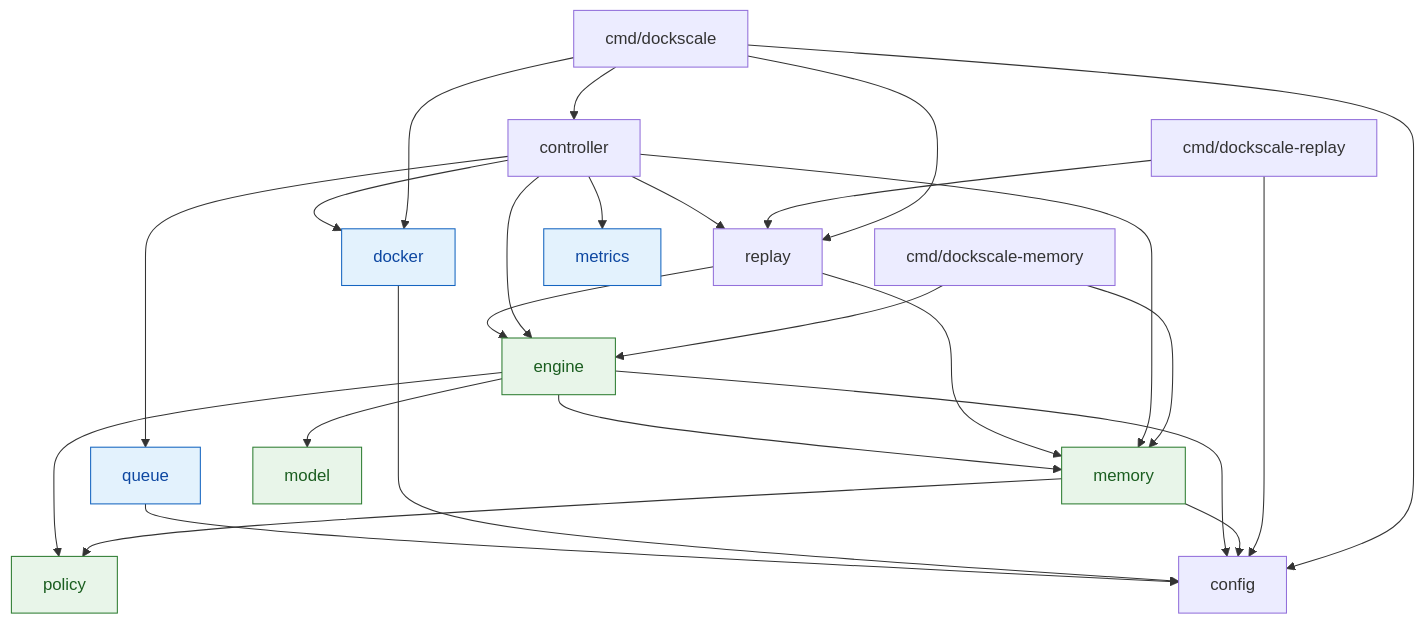
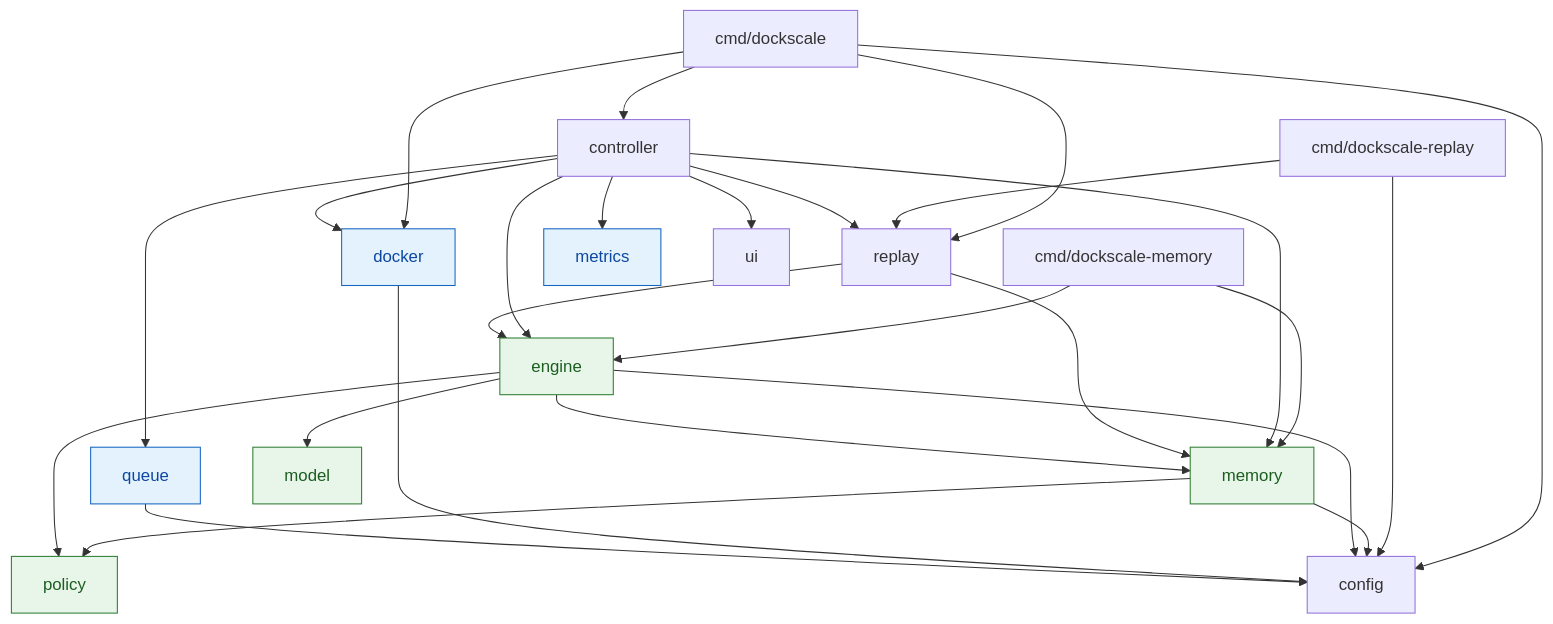
Before and after one commit to nadermedhet148/auto-scale: the second of 4 diagrams in docs/architecture.md, drawn with Mermaid. The commit also changed other lines of this file and 21 other files, not shown here.

````diff
--- a/docs/architecture.md
+++ b/docs/architecture.md
@@ -69,34 +71,35 @@
 ```mermaid
 flowchart TD
     main[cmd/dockscale] --> controller
     main --> config
     main --> docker
     main --> replay
     rcli[cmd/dockscale-replay] --> replay
     rcli --> config
     mcli[cmd/dockscale-memory] --> memory
     mcli --> engine
 
     controller --> engine
     controller --> docker
     controller --> metrics
     controller --> queue
     controller --> replay
     controller --> memory
+    controller --> ui
 
     replay --> engine
     replay --> memory
     engine --> memory
     memory --> policy
     memory --> config
     engine --> model
     engine --> policy
     engine --> config
     docker --> config
     queue --> config
 
     classDef pure fill:#e8f5e9,stroke:#2e7d32,color:#1b5e20
     classDef io fill:#e3f2fd,stroke:#1565c0,color:#0d47a1
     class engine,model,policy,memory pure
     class docker,metrics,queue io
 ```
````
